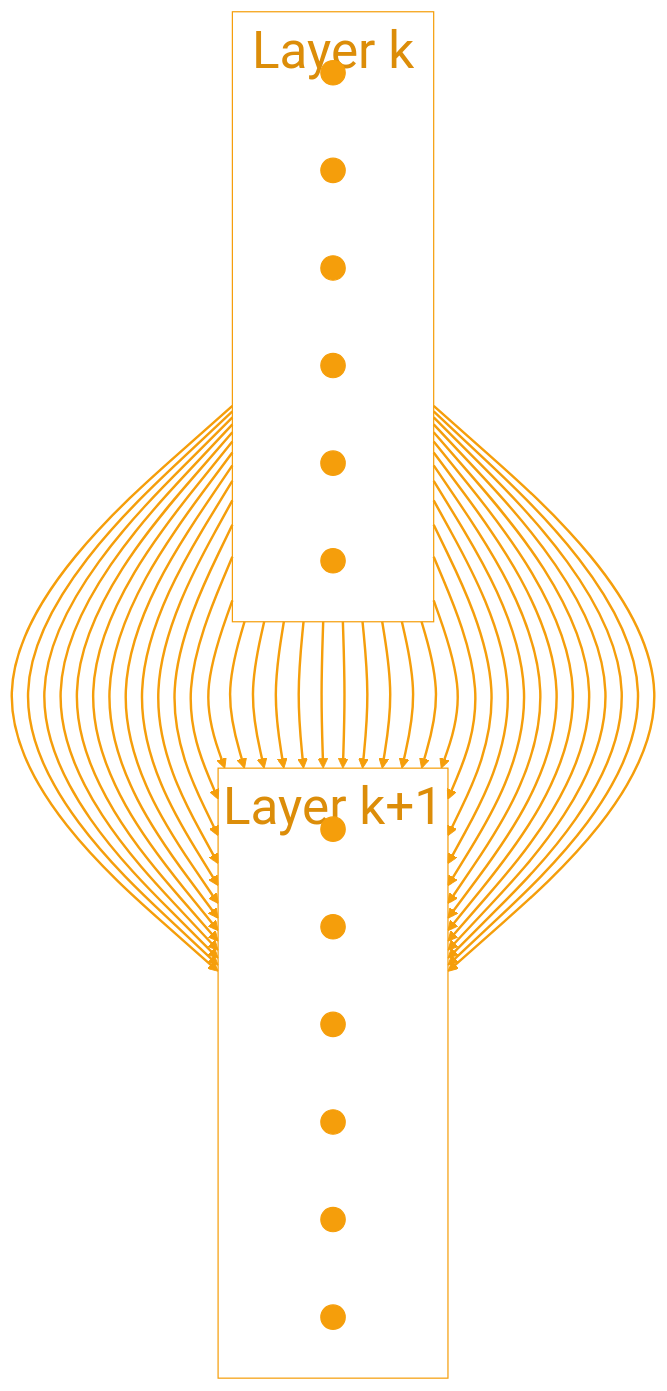
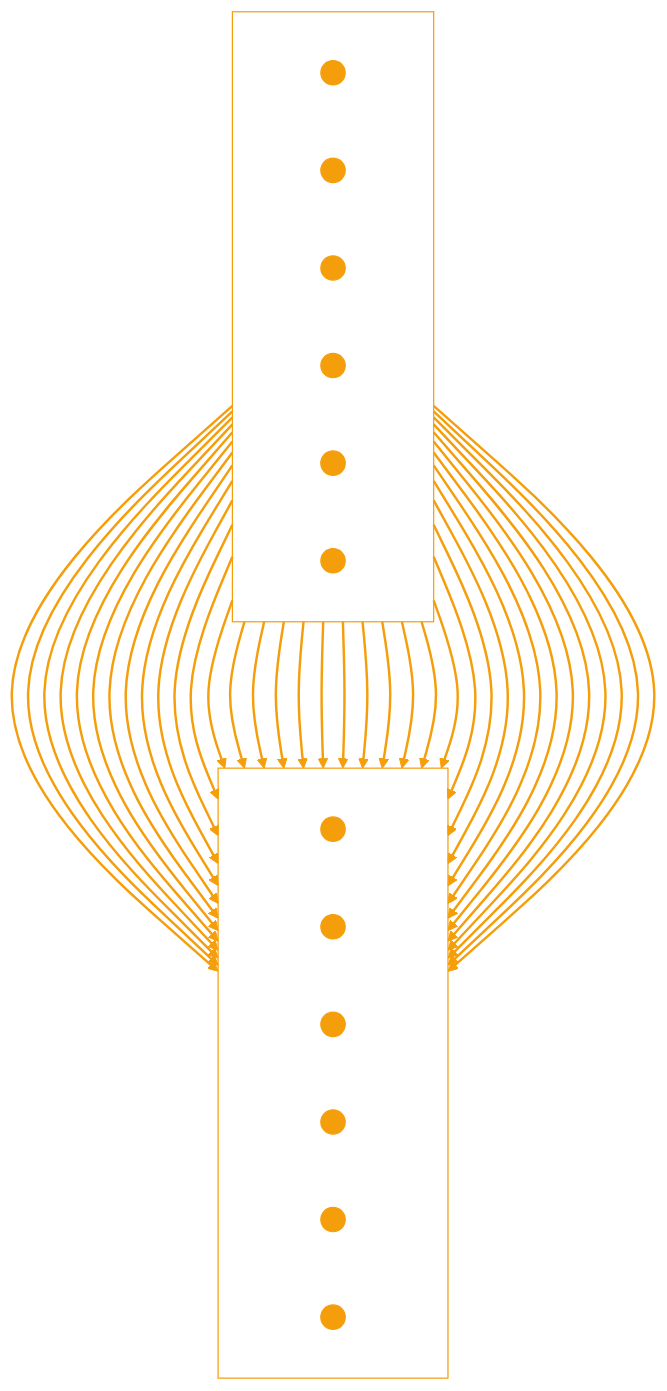
Before and after one commit to kerryback/mgmt675: the second of 3 diagrams in slides/m13-fine-tuning.qmd, drawn with Mermaid. The commit also changed other lines of this file and 1 other file, not shown here.

Commit message:
Add white font styling to LoRA mermaid diagram subgraph labels

````diff
--- a/slides/m13-fine-tuning.qmd
+++ b/slides/m13-fine-tuning.qmd
@@ -280,43 +280,45 @@
 ```{mermaid}
 %%| fig-width: 16
 %%{init: {'theme': 'base', 'themeVariables': {'fontSize': '42px', 'primaryColor': '#f59e0b', 'primaryTextColor': '#fff', 'lineColor': '#f59e0b', 'clusterBkg': 'transparent', 'clusterBorder': '#f59e0b', 'clusterTextColor': '#fff'}, 'flowchart': {'nodeSpacing': 60, 'rankSpacing': 120, 'padding': 20, 'useMaxWidth': true}}}%%
 graph TB
   subgraph Layer_k["Layer k"]
     direction LR
     A1((" "))
     A2((" "))
     A3((" "))
     A4((" "))
     A5((" "))
     A6((" "))
   end
   subgraph Layer_k1["Layer k+1"]
     direction LR
     B1((" "))
     B2((" "))
     B3((" "))
     B4((" "))
     B5((" "))
     B6((" "))
   end
   A1 --> B1 & B2 & B3 & B4 & B5 & B6
   A2 --> B1 & B2 & B3 & B4 & B5 & B6
   A3 --> B1 & B2 & B3 & B4 & B5 & B6
   A4 --> B1 & B2 & B3 & B4 & B5 & B6
   A5 --> B1 & B2 & B3 & B4 & B5 & B6
   A6 --> B1 & B2 & B3 & B4 & B5 & B6
 
   linkStyle default stroke:#f59e0b,stroke-width:2px
   style A1 fill:#f59e0b,stroke:#f59e0b
   style A2 fill:#f59e0b,stroke:#f59e0b
   style A3 fill:#f59e0b,stroke:#f59e0b
   style A4 fill:#f59e0b,stroke:#f59e0b
   style A5 fill:#f59e0b,stroke:#f59e0b
   style A6 fill:#f59e0b,stroke:#f59e0b
   style B1 fill:#f59e0b,stroke:#f59e0b
   style B2 fill:#f59e0b,stroke:#f59e0b
   style B3 fill:#f59e0b,stroke:#f59e0b
   style B4 fill:#f59e0b,stroke:#f59e0b
   style B5 fill:#f59e0b,stroke:#f59e0b
   style B6 fill:#f59e0b,stroke:#f59e0b
+  style Layer_k fill:transparent,stroke:#f59e0b,color:#fff
+  style Layer_k1 fill:transparent,stroke:#f59e0b,color:#fff
 ```
````
